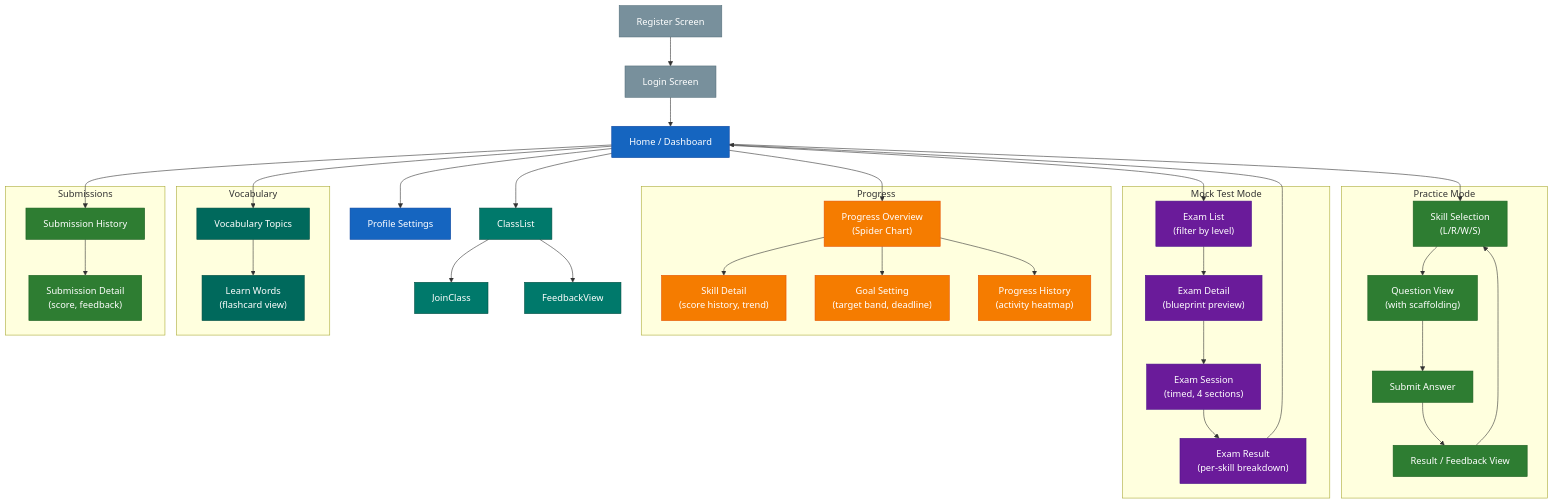
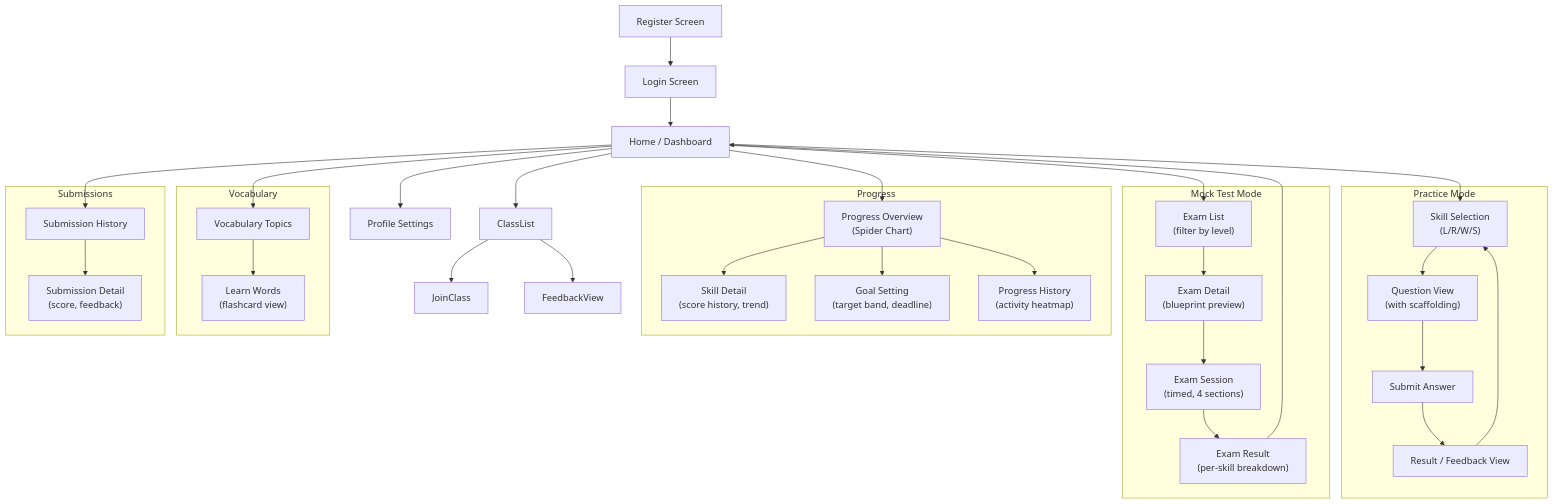
The fifth of 15 diagrams in docs/capstone/reports/VI/report3-software-requirement-specification.md (nghyane/VSTEP), drawn with Mermaid before and after one commit. The commit also changed other lines of this file and 41 other files, not shown here.

First line of the commit message:
docs: fix diagrams to follow beautiful-mermaid conventions

````diff
--- a/docs/capstone/reports/VI/report3-software-requirement-specification.md
+++ b/docs/capstone/reports/VI/report3-software-requirement-specification.md
@@ -513,38 +502,38 @@
 ```mermaid
-flowchart TB
+graph TB
     Login["Login Screen"]
     Register["Register Screen"]
     Home["Home / Dashboard"]
 
     subgraph Practice ["Practice Mode"]
-        SkillSelect["Skill Selection<br/>(L/R/W/S)"]
-        QuestionView["Question View<br/>(with scaffolding)"]
+        SkillSelect["Skill Selection\n(L/R/W/S)"]
+        QuestionView["Question View\n(with scaffolding)"]
         SubmitAnswer["Submit Answer"]
         ResultView["Result / Feedback View"]
     end
 
     subgraph Exam ["Mock Test Mode"]
-        ExamList["Exam List<br/>(filter by level)"]
-        ExamDetail["Exam Detail<br/>(blueprint preview)"]
-        ExamSession["Exam Session<br/>(timed, 4 sections)"]
-        ExamResult["Exam Result<br/>(per-skill breakdown)"]
+        ExamList["Exam List\n(filter by level)"]
+        ExamDetail["Exam Detail\n(blueprint preview)"]
+        ExamSession["Exam Session\n(timed, 4 sections)"]
+        ExamResult["Exam Result\n(per-skill breakdown)"]
     end
 
     subgraph Progress ["Progress"]
-        ProgressOverview["Progress Overview<br/>(Spider Chart)"]
-        SkillDetail["Skill Detail<br/>(score history, trend)"]
-        GoalSetting["Goal Setting<br/>(target band, deadline)"]
-        ProgressHistory["Progress History<br/>(activity heatmap)"]
+        ProgressOverview["Progress Overview\n(Spider Chart)"]
+        SkillDetail["Skill Detail\n(score history, trend)"]
+        GoalSetting["Goal Setting\n(target band, deadline)"]
+        ProgressHistory["Progress History\n(activity heatmap)"]
     end
 
     subgraph Vocabulary ["Vocabulary"]
         VocabTopics["Vocabulary Topics"]
-        VocabLearn["Learn Words<br/>(flashcard view)"]
+        VocabLearn["Learn Words\n(flashcard view)"]
     end
 
     subgraph Submissions ["Submissions"]
         SubmissionList["Submission History"]
-        SubmissionDetail["Submission Detail<br/>(score, feedback)"]
+        SubmissionDetail["Submission Detail\n(score, feedback)"]
     end
 
     Profile["Profile Settings"]
@@ -576,20 +565,4 @@
     SubmissionList --> SubmissionDetail
 
     ProgressOverview --> ProgressHistory
-
-    classDef auth fill:#78909c,stroke:#546e7a,color:#fff
-    classDef main fill:#1565c0,stroke:#0d47a1,color:#fff
-    classDef practice fill:#2e7d32,stroke:#1b5e20,color:#fff
-    classDef exam fill:#6a1b9a,stroke:#4a148c,color:#fff
-    classDef progress fill:#f57c00,stroke:#e65100,color:#fff
-    classDef cls fill:#00796b,stroke:#004d40,color:#fff
-    classDef vocab fill:#00695c,stroke:#004d40,color:#fff
-
-    class Login,Register auth
-    class Home,Profile main
-    class SkillSelect,QuestionView,SubmitAnswer,ResultView,SubmissionList,SubmissionDetail practice
-    class ExamList,ExamDetail,ExamSession,ExamResult exam
-    class ProgressOverview,SkillDetail,GoalSetting,ProgressHistory progress
-    class ClassList,JoinClass,FeedbackView cls
-    class VocabTopics,VocabLearn vocab
 ```
````
